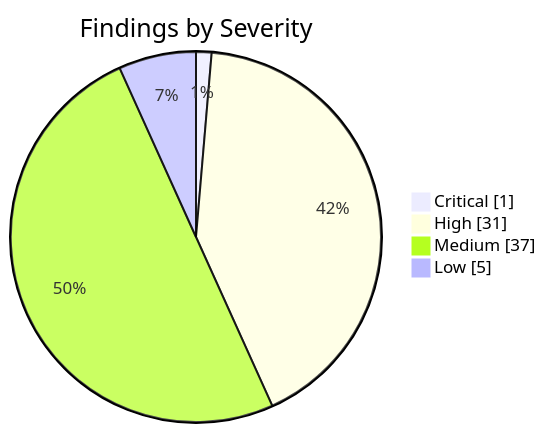
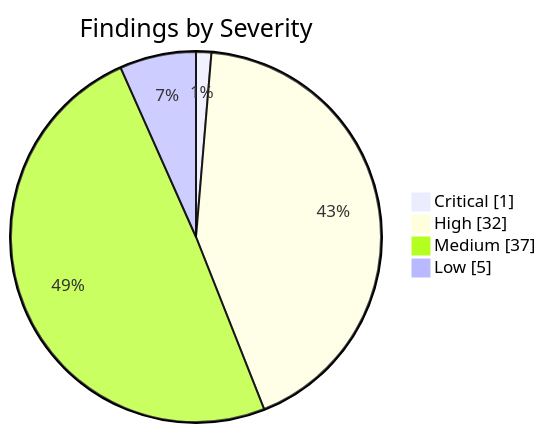
One commit to KBVE/kbve changed the first of 2 diagrams in apps/kbve/astro-kbve/src/content/docs/dashboard/security.mdx. Above: the diagram before and after it, drawn with Mermaid. The commit also changed other lines of this file and 8 other files, not shown here.

````diff
--- a/apps/kbve/astro-kbve/src/content/docs/dashboard/security.mdx
+++ b/apps/kbve/astro-kbve/src/content/docs/dashboard/security.mdx
@@ -62,8 +62,8 @@
 ```mermaid
 pie showData
     title Findings by Severity
     "Critical" : 1
-    "High" : 31
+    "High" : 32
     "Medium" : 37
     "Low" : 5
 ```
````
